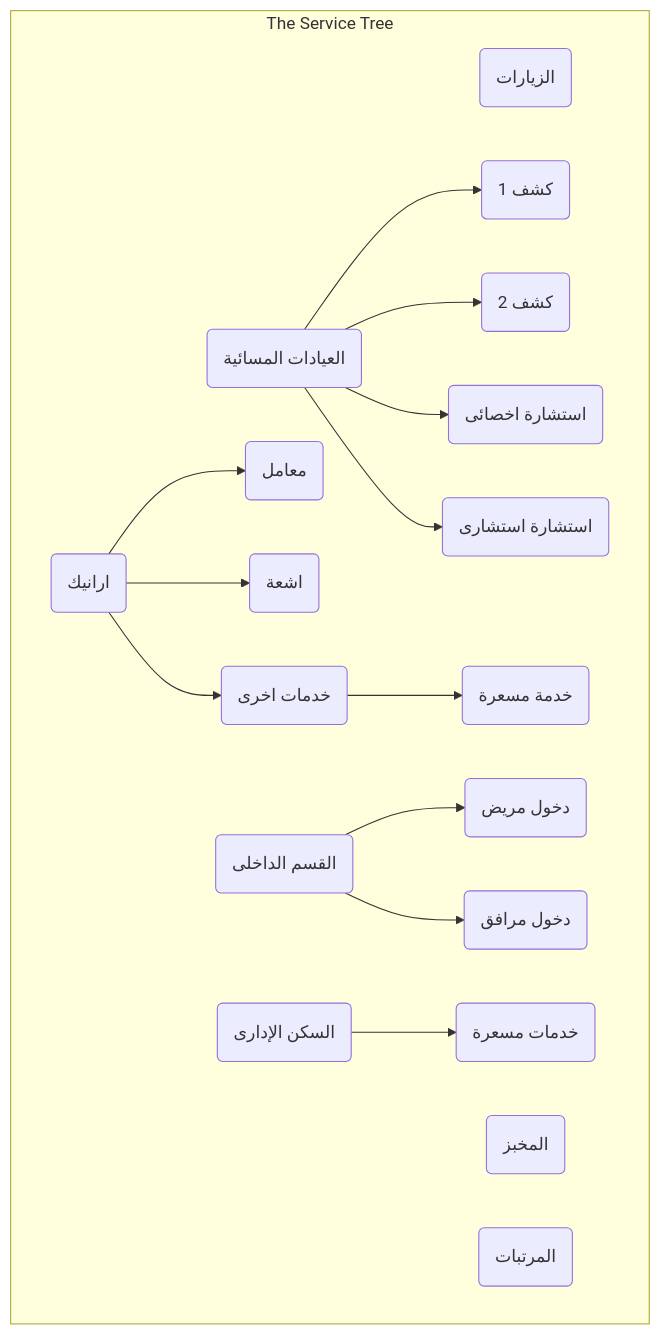
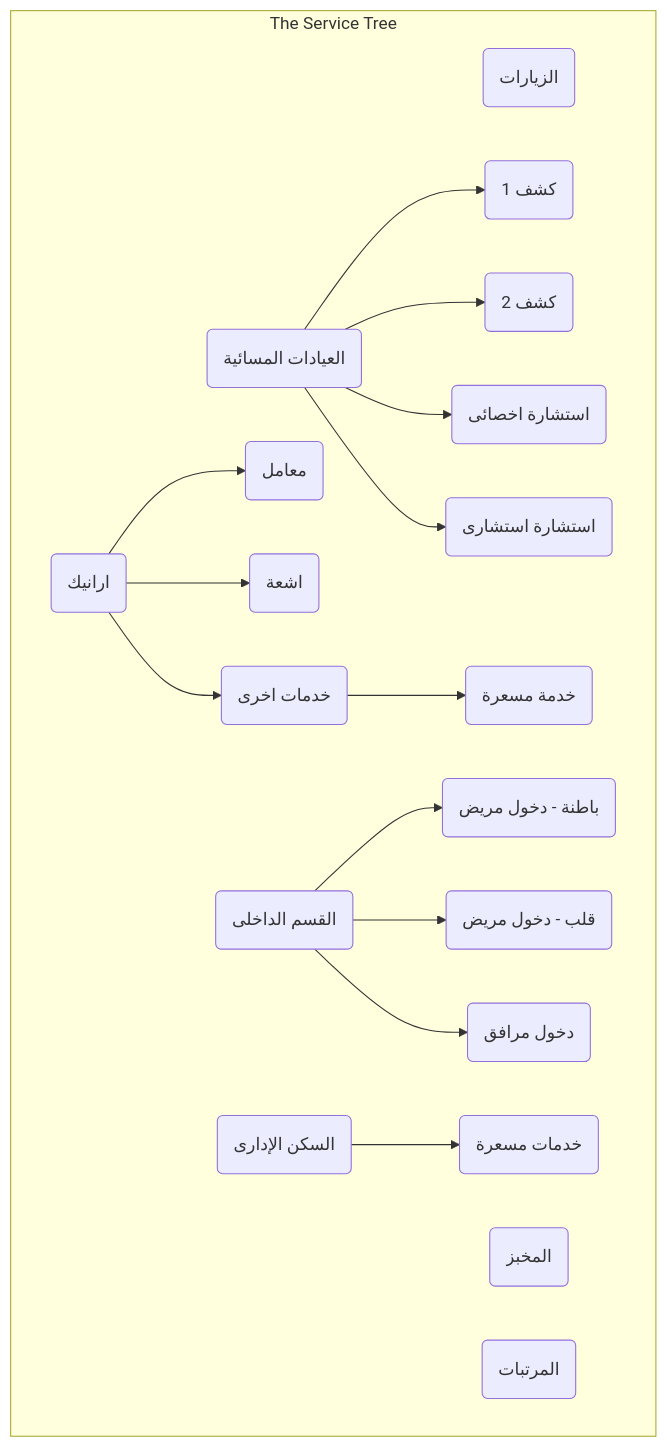
The fourth of 4 diagrams in README.md (OmarHossamEldin/medical-complex-services), drawn with Mermaid before and after one commit. The commit also changed other lines of this file, not shown here.

````diff
--- a/README.md
+++ b/README.md
@@ -592,23 +592,24 @@
 ```mermaid
 graph TB
   classDef red fill:#B85450;
   classDef green fill:#82B366;
   subgraph "The Service Tree"
   Visits(الزيارات)
   Bakery(المخبز)
   NightClinics(العيادات المسائية) --> Kashf1(كشف 1)
   NightClinics(العيادات المسائية) --> Kashf2(كشف 2)
   NightClinics(العيادات المسائية) --> Consult1(استشارة اخصائى)
   NightClinics(العيادات المسائية) --> Consult2(استشارة استشارى)
   Medicine(المرتبات)
   Aranek(ارانيك) --> SubService1(معامل)
   Aranek(ارانيك) --> SubService2(اشعة)
   Aranek(ارانيك) --> SubService3(خدمات اخرى)
   SubService3 --> LeafService1(خدمة مسعرة)
-  Internal(القسم الداخلى) --> In(دخول مريض)
+  Internal(القسم الداخلى) --> In1(باطنة - دخول مريض)
+  Internal(القسم الداخلى) --> In2(قلب - دخول مريض)
   Internal(القسم الداخلى) --> AssociateIn(دخول مرافق)
   Home(السكن الإدارى) --> LeafService2(خدمات مسعرة)
 
 end
 
 ```
````
